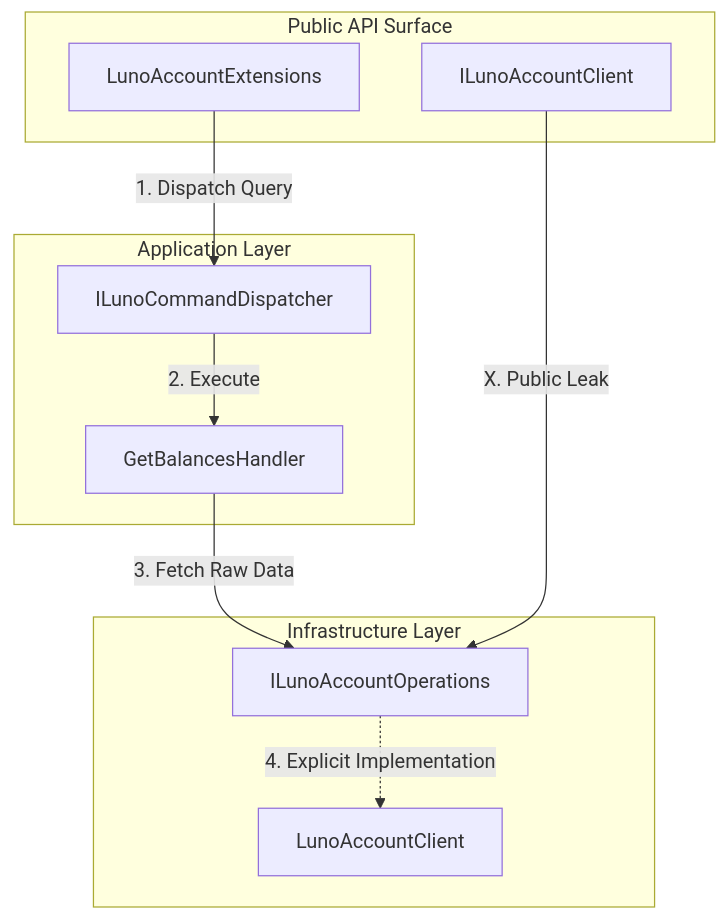
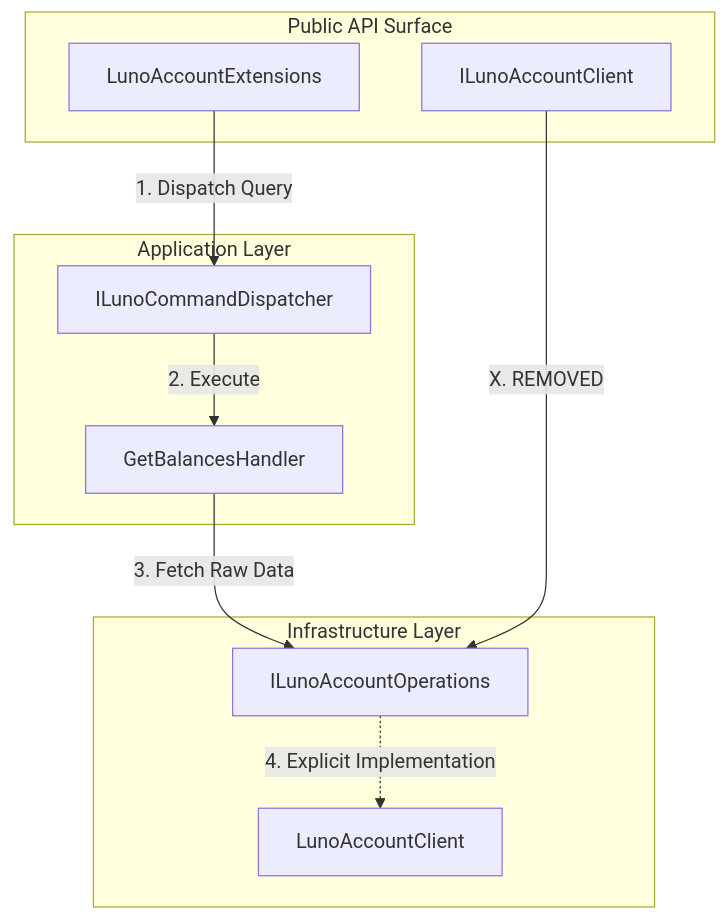
One commit to hsm207/Luno.SDK changed the diagram in docs/rfcs/drafts/RFC006ext03_EncapsulationAndOperationHiding.md. Above: the diagram before and after it, drawn with Mermaid. The commit also changed other lines of this file, not shown here.

Commit message:
docs: update RFC 006 Ext 03 to reflect changes in interface implementation and encapsulation strategy

````diff
--- a/docs/rfcs/drafts/RFC006ext03_EncapsulationAndOperationHiding.md
+++ b/docs/rfcs/drafts/RFC006ext03_EncapsulationAndOperationHiding.md
@@ -32,30 +32,30 @@
 ```mermaid
 graph TD
     %% @boundary: Public-API | Isolation: High-Level Orchestration
     subgraph PublicAPI [Public API Surface]
         %% @contract: ILunoAccountClient | Responsibility: Entry Point
         ClientInterface[ILunoAccountClient]
         Extensions[LunoAccountExtensions]
     end
 
     %% @boundary: Application-Layer | Isolation: Command Dispatcher
     subgraph Application [Application Layer]
         Dispatcher[ILunoCommandDispatcher]
         Handler[GetBalancesHandler]
     end
 
     %% @boundary: Infrastructure-Layer | Isolation: Encapsulated Operations
     subgraph Infrastructure [Infrastructure Layer]
         %% @contract: ILunoAccountOperations | Responsibility: Raw Data Fetching (Internal)
         OpsInterface[ILunoAccountOperations]
         ConcreteClient[LunoAccountClient]
     end
 
     Extensions -- "1. Dispatch Query" --> Dispatcher
     Dispatcher -- "2. Execute" --> Handler
     Handler -- "3. Fetch Raw Data" --> OpsInterface
     OpsInterface -. "4. Explicit Implementation" .-> ConcreteClient
     
-    %% @leak: Current State (TO BE DELETED)
-    ClientInterface -- "X. Public Leak" --> OpsInterface
+    %% @leak: Deleted Inheritance (The Leak)
+    ClientInterface -- "X. REMOVED" --> OpsInterface
 ```
````
